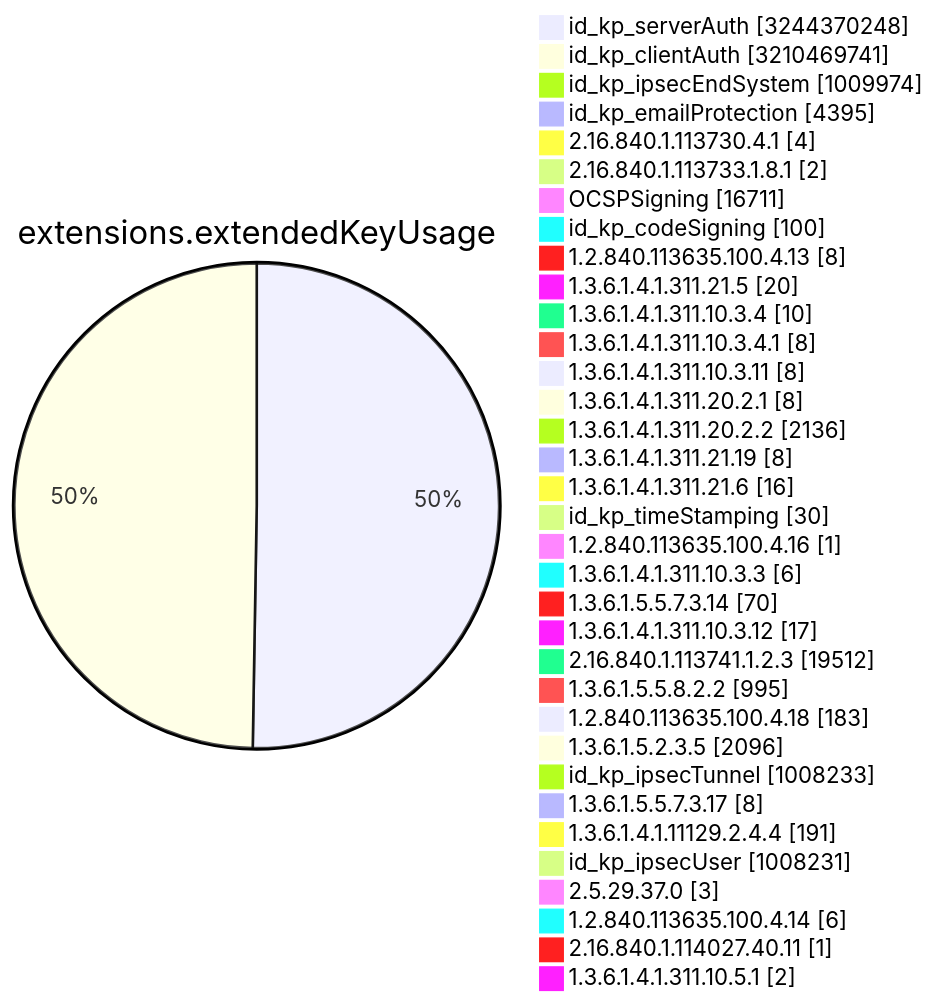
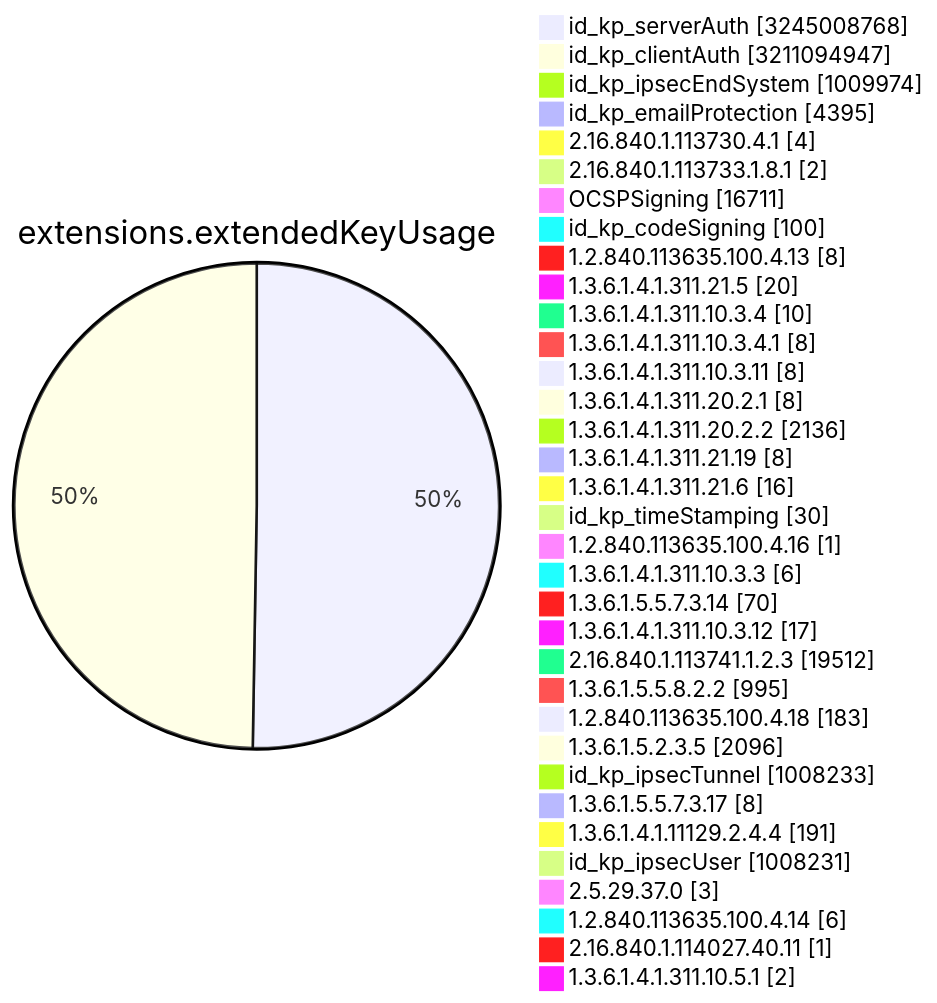
Before and after one commit to christiankrug/ctmonitor_visualization: diagram 11 of 15 in TOTAL/README.md, drawn with Mermaid. The commit also changed other lines of this file, not shown here.

````diff
--- a/TOTAL/README.md
+++ b/TOTAL/README.md
@@ -4119,38 +4119,38 @@
 ```mermaid
 pie showData
 title extensions.extendedKeyUsage
-"id_kp_serverAuth" :3244370248
-"id_kp_clientAuth" :3210469741
+"id_kp_serverAuth" :3245008768
+"id_kp_clientAuth" :3211094947
 "id_kp_ipsecEndSystem" :1009974
 "id_kp_emailProtection" :4395
 "2.16.840.1.113730.4.1" :4
 "2.16.840.1.113733.1.8.1" :2
 "OCSPSigning" :16711
 "id_kp_codeSigning" :100
 "1.2.840.113635.100.4.13" :8
 "1.3.6.1.4.1.311.21.5" :20
 "1.3.6.1.4.1.311.10.3.4" :10
 "1.3.6.1.4.1.311.10.3.4.1" :8
 "1.3.6.1.4.1.311.10.3.11" :8
 "1.3.6.1.4.1.311.20.2.1" :8
 "1.3.6.1.4.1.311.20.2.2" :2136
 "1.3.6.1.4.1.311.21.19" :8
 "1.3.6.1.4.1.311.21.6" :16
 "id_kp_timeStamping" :30
 "1.2.840.113635.100.4.16" :1
 "1.3.6.1.4.1.311.10.3.3" :6
 "1.3.6.1.5.5.7.3.14" :70
 "1.3.6.1.4.1.311.10.3.12" :17
 "2.16.840.1.113741.1.2.3" :19512
 "1.3.6.1.5.5.8.2.2" :995
 "1.2.840.113635.100.4.18" :183
 "1.3.6.1.5.2.3.5" :2096
 "id_kp_ipsecTunnel" :1008233
 "1.3.6.1.5.5.7.3.17" :8
 "1.3.6.1.4.1.11129.2.4.4" :191
 "id_kp_ipsecUser" :1008231
 "2.5.29.37.0" :3
 "1.2.840.113635.100.4.14" :6
 "2.16.840.1.114027.40.11" :1
 "1.3.6.1.4.1.311.10.5.1" :2
 ```
````
